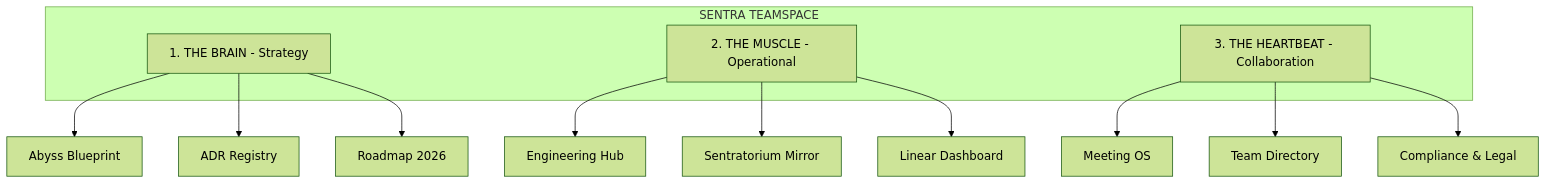
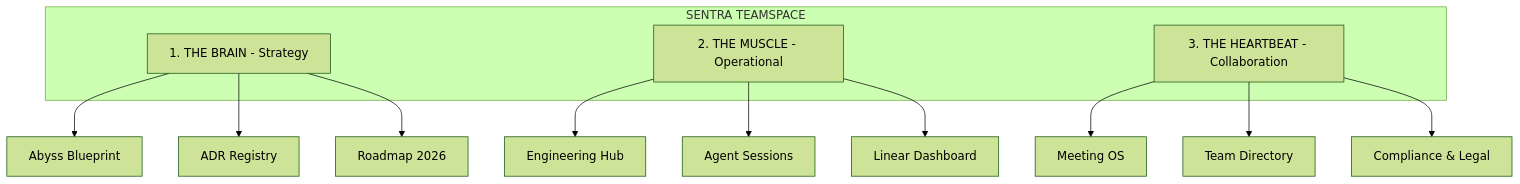
One commit to drclassy/monorepo-abyss changed the diagram in docs/specs/2026-03-31-notion-workspace-design.md. Above: the diagram before and after it, drawn with Mermaid (forest theme). The commit also changed other lines of this file and 100 other files, not shown here.

````diff
--- a/docs/specs/2026-03-31-notion-workspace-design.md
+++ b/docs/specs/2026-03-31-notion-workspace-design.md
@@ -18,20 +18,20 @@
 ```mermaid
 graph TD
     subgraph "SENTRA TEAMSPACE"
         P1[1. THE BRAIN - Strategy]
         P2[2. THE MUSCLE - Operational]
         P3[3. THE HEARTBEAT - Collaboration]
     end
 
     P1 --> N1[Abyss Blueprint]
     P1 --> N2[ADR Registry]
     P1 --> N3[Roadmap 2026]
 
     P2 --> N4[Engineering Hub]
-    P2 --> N5[Sentratorium Mirror]
+    P2 --> N5[Agent Sessions]
     P2 --> N6[Linear Dashboard]
 
     P3 --> N7[Meeting OS]
     P3 --> N8[Team Directory]
     P3 --> N9[Compliance & Legal]
 ```
````
